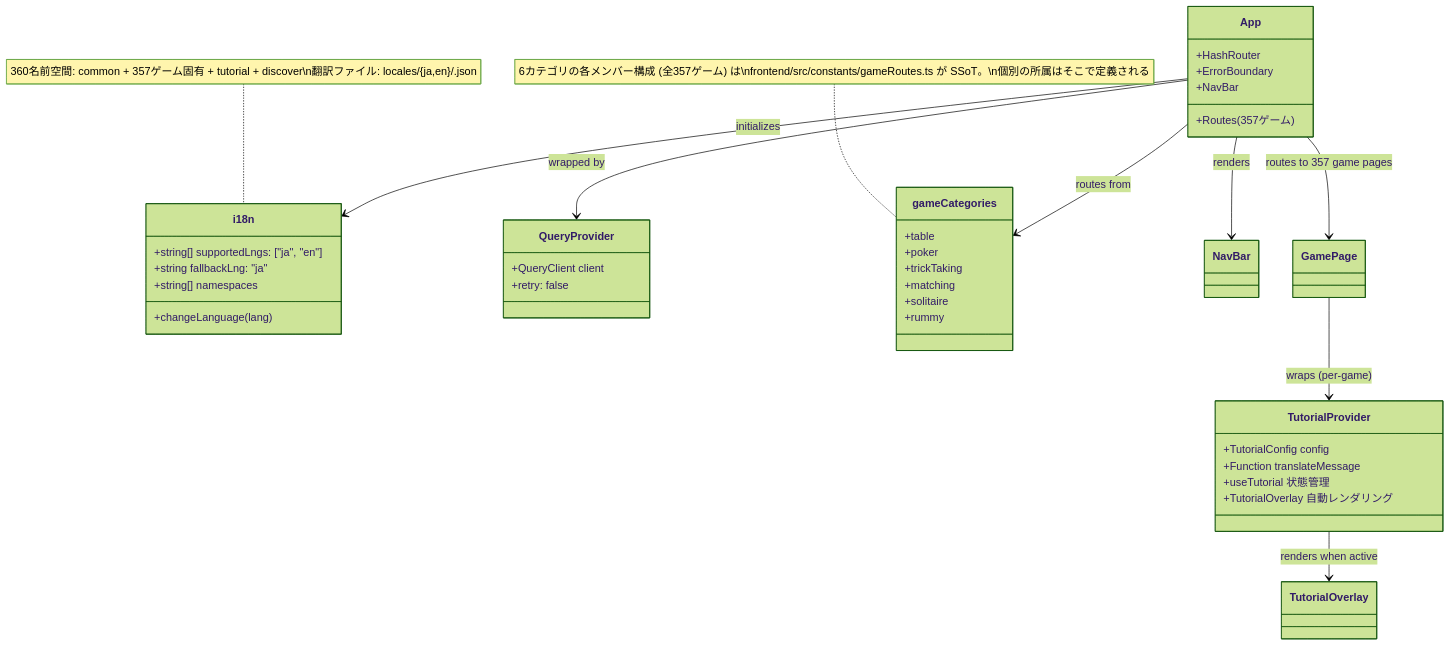
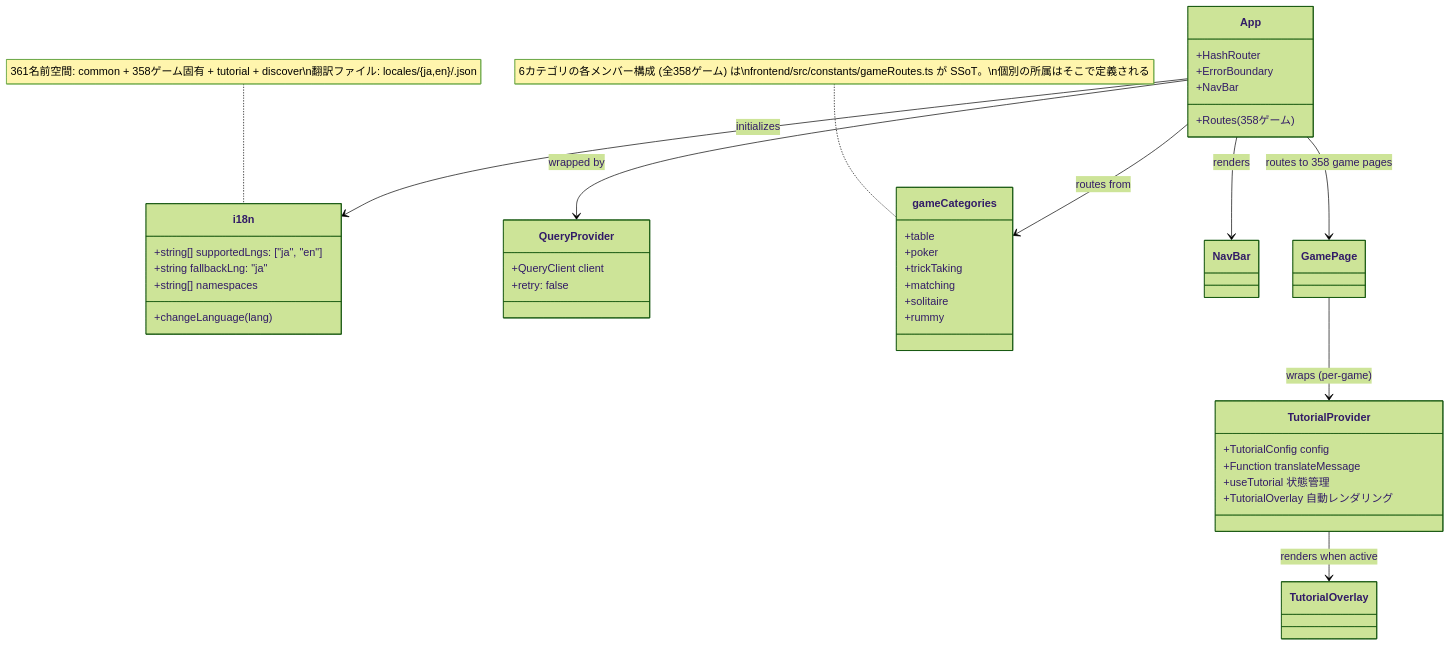
The ninth of 49 diagrams in docs/design/frontend.md (yuta-yoshinaga/go_trumpcards), drawn with Mermaid (forest theme) before and after one commit. The commit also changed other lines of this file and 66 other files, not shown here.

````diff
--- a/docs/design/frontend.md
+++ b/docs/design/frontend.md
@@ -1874,48 +1874,48 @@
 ```mermaid
 classDiagram
     class i18n {
         +string[] supportedLngs: ["ja", "en"]
         +string fallbackLng: "ja"
         +string[] namespaces
         +changeLanguage(lang)
     }
 
     class QueryProvider {
         +QueryClient client
         +retry: false
     }
 
     class App {
         +HashRouter
         +ErrorBoundary
         +NavBar
-        +Routes (357ゲーム)
+        +Routes (358ゲーム)
     }
 
     class gameCategories {
         +table
         +poker
         +trickTaking
         +matching
         +solitaire
         +rummy
     }
-    note for gameCategories "6カテゴリの各メンバー構成 (全357ゲーム) は\nfrontend/src/constants/gameRoutes.ts が SSoT。\n個別の所属はそこで定義される"
+    note for gameCategories "6カテゴリの各メンバー構成 (全358ゲーム) は\nfrontend/src/constants/gameRoutes.ts が SSoT。\n個別の所属はそこで定義される"
 
     class TutorialProvider {
         +TutorialConfig config
         +Function translateMessage
         +useTutorial 状態管理
         +TutorialOverlay 自動レンダリング
     }
 
     App --> QueryProvider : wrapped by
     App --> i18n : initializes
     App --> gameCategories : routes from
     App --> NavBar : renders
-    App --> GamePage : routes to 357 game pages
+    App --> GamePage : routes to 358 game pages
     GamePage --> TutorialProvider : wraps (per-game)
     TutorialProvider --> TutorialOverlay : renders when active
 
-    note for i18n "360名前空間: common + 357ゲーム固有 + tutorial + discover\n翻訳ファイル: locales/{ja,en}/<game>.json"
+    note for i18n "361名前空間: common + 358ゲーム固有 + tutorial + discover\n翻訳ファイル: locales/{ja,en}/<game>.json"
 ```
````
